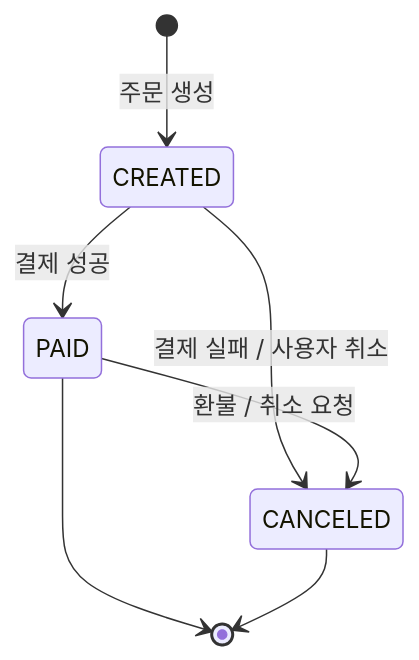
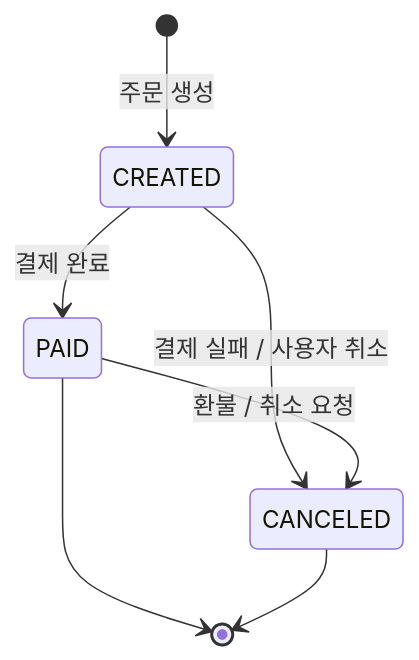
The first of 4 diagrams in docs/architecture/03-2.StateDiagram.md (gokid96/e-commerce), drawn with Mermaid before and after one commit. The commit also changed other lines of this file and 2 other files, not shown here.

````diff
--- a/docs/architecture/03-2.StateDiagram.md
+++ b/docs/architecture/03-2.StateDiagram.md
@@ -15,9 +15,9 @@
 ```mermaid
 stateDiagram-v2
     [*] --> CREATED: 주문 생성
-    CREATED --> PAID: 결제 성공
+    CREATED --> PAID: 결제 완료
     CREATED --> CANCELED: 결제 실패 / 사용자 취소
     PAID --> CANCELED: 환불 / 취소 요청
     PAID --> [*]
     CANCELED --> [*]
 ```
````
